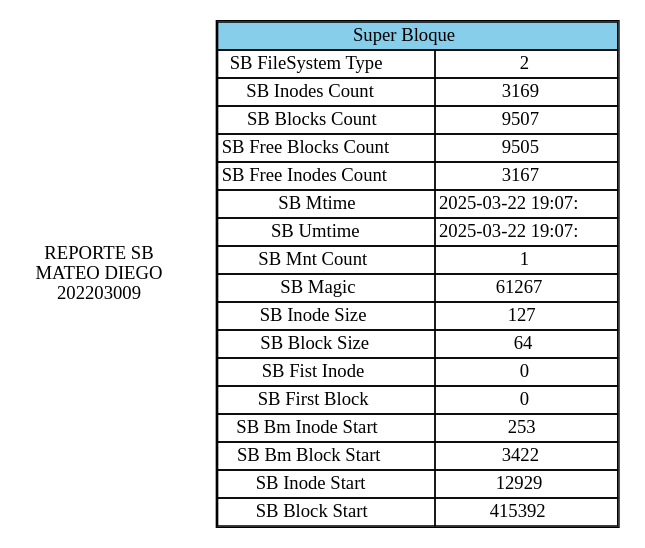
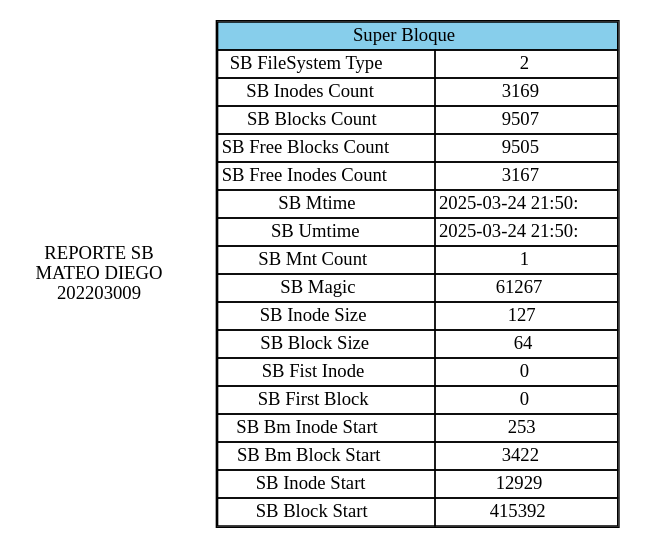
One commit to matiuuh/-MIA_1S_P2_202203009 changed the diagram in backend/REPORTESB.dot. Above: the diagram before and after it, drawn with Graphviz. The commit also changed 3 other files, not shown here.

```diff
--- a/backend/REPORTESB.dot
+++ b/backend/REPORTESB.dot
@@ -1,29 +1,29 @@
 digraph G {
 node [shape=plaintext];
 fontname="Courier New";
 title [label="REPORTE SB
 MATEO DIEGO
 202203009"];
 SBTable [label=<
 <table border='1' cellborder='1' cellspacing='0'>
 <tr><td bgcolor="skyblue" colspan='2'>Super Bloque</td></tr>
 <tr><td>SB FileSystem Type</td><td>2</td></tr>
 <tr><td>SB Inodes Count</td><td>3169</td></tr>
 <tr><td>SB Blocks Count</td><td>9507</td></tr>
 <tr><td>SB Free Blocks Count</td><td>9505</td></tr>
 <tr><td>SB Free Inodes Count</td><td>3167</td></tr>
-<tr><td>SB Mtime</td><td>2025-03-22 19:07:</td></tr>
-<tr><td>SB Umtime</td><td>2025-03-22 19:07:</td></tr>
+<tr><td>SB Mtime</td><td>2025-03-24 21:50:</td></tr>
+<tr><td>SB Umtime</td><td>2025-03-24 21:50:</td></tr>
 <tr><td>SB Mnt Count</td><td>1</td></tr>
 <tr><td>SB Magic</td><td>61267</td></tr>
 <tr><td>SB Inode Size</td><td>127</td></tr>
 <tr><td>SB Block Size</td><td>64</td></tr>
 <tr><td>SB Fist Inode</td><td>0</td></tr>
 <tr><td>SB First Block</td><td>0</td></tr>
 <tr><td>SB Bm Inode Start</td><td>253</td></tr>
 <tr><td>SB Bm Block Start</td><td>3422</td></tr>
 <tr><td>SB Inode Start</td><td>12929</td></tr>
 <tr><td>SB Block Start</td><td>415392</td></tr>
 </table>
 >];
 }
```
